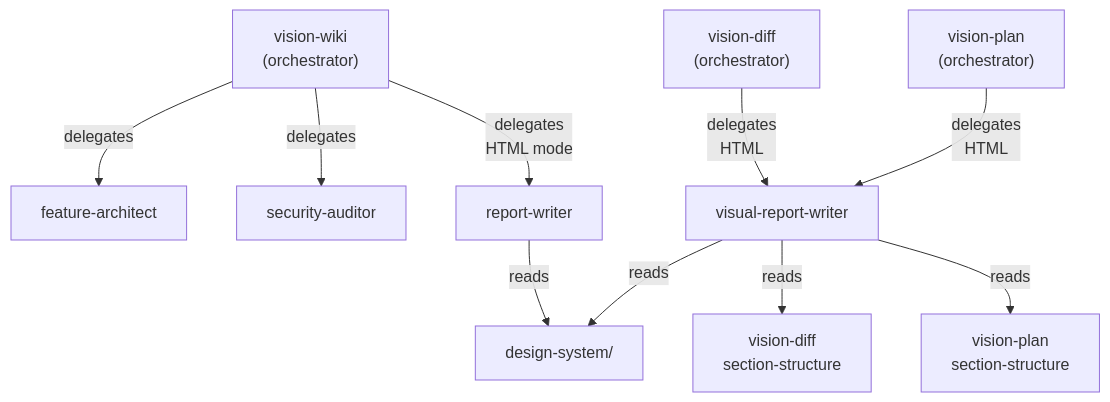
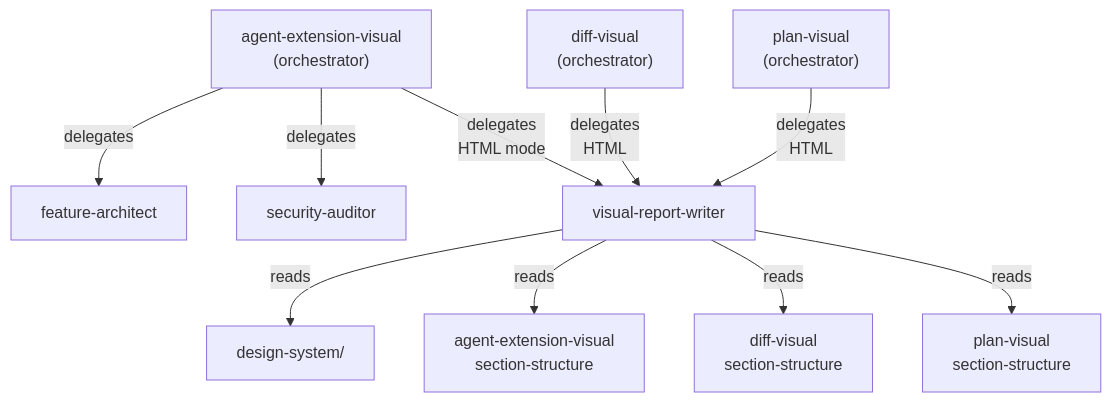
Before and after one commit to LeeJuOh/claude-code-zero: the diagram in plugins/vision-powers/README.md, drawn with Mermaid. The commit also changed other lines of this file and 4 other files, not shown here.

First line of the commit message:
refactor(vision-powers): unify report-writer into visual-report-writer

````diff
--- a/plugins/vision-powers/README.md
+++ b/plugins/vision-powers/README.md
@@ -48,14 +48,14 @@
 ```mermaid
 graph TD
-    S1["vision-wiki<br/>(orchestrator)"] -->|delegates| A1["feature-architect"]
+    S1["agent-extension-visual<br/>(orchestrator)"] -->|delegates| A1["feature-architect"]
     S1 -->|delegates| A2["security-auditor"]
-    S1 -->|delegates<br/>HTML mode| A3["report-writer"]
+    S1 -->|delegates<br/>HTML mode| A4["visual-report-writer"]
 
-    S2["vision-diff<br/>(orchestrator)"] -->|delegates<br/>HTML| A4["visual-report-writer"]
-    S3["vision-plan<br/>(orchestrator)"] -->|delegates<br/>HTML| A4
+    S2["diff-visual<br/>(orchestrator)"] -->|delegates<br/>HTML| A4
+    S3["plan-visual<br/>(orchestrator)"] -->|delegates<br/>HTML| A4
 
-    A3 -->|reads| DS["design-system/"]
-    A4 -->|reads| DS
-    A4 -->|reads| SS1["vision-diff<br/>section-structure"]
-    A4 -->|reads| SS2["vision-plan<br/>section-structure"]
+    A4 -->|reads| DS["design-system/"]
+    A4 -->|reads| SS1["agent-extension-visual<br/>section-structure"]
+    A4 -->|reads| SS2["diff-visual<br/>section-structure"]
+    A4 -->|reads| SS3["plan-visual<br/>section-structure"]
 ```
````
